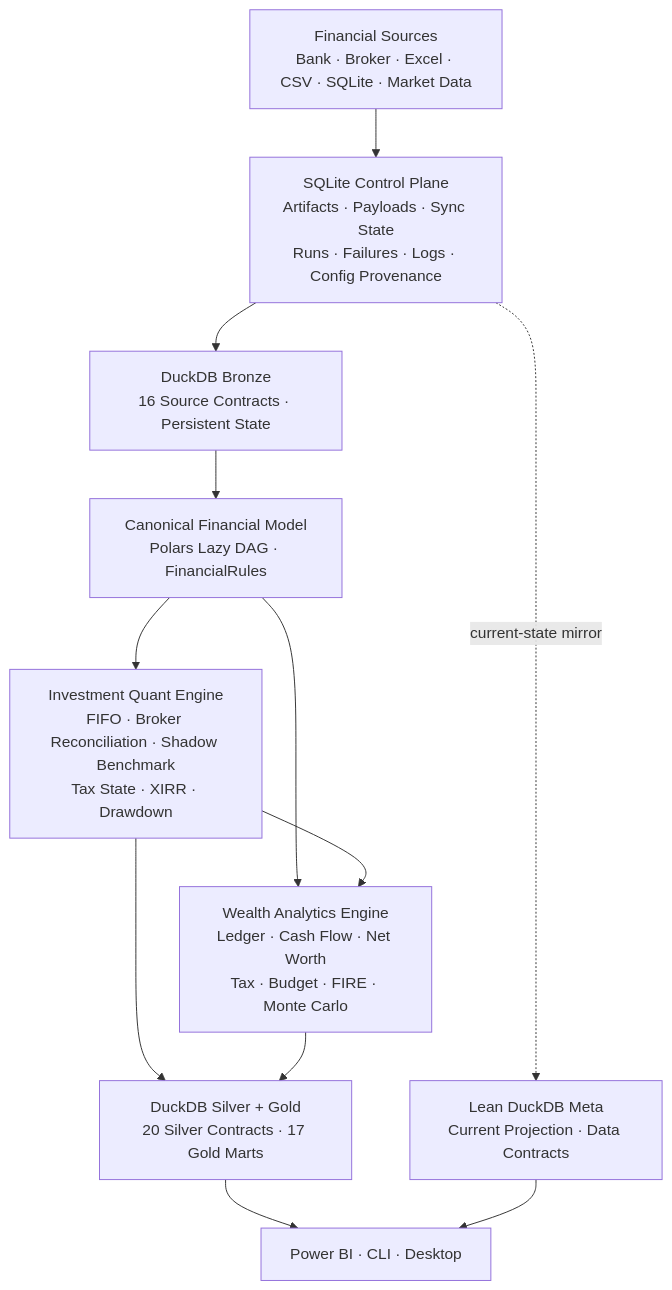
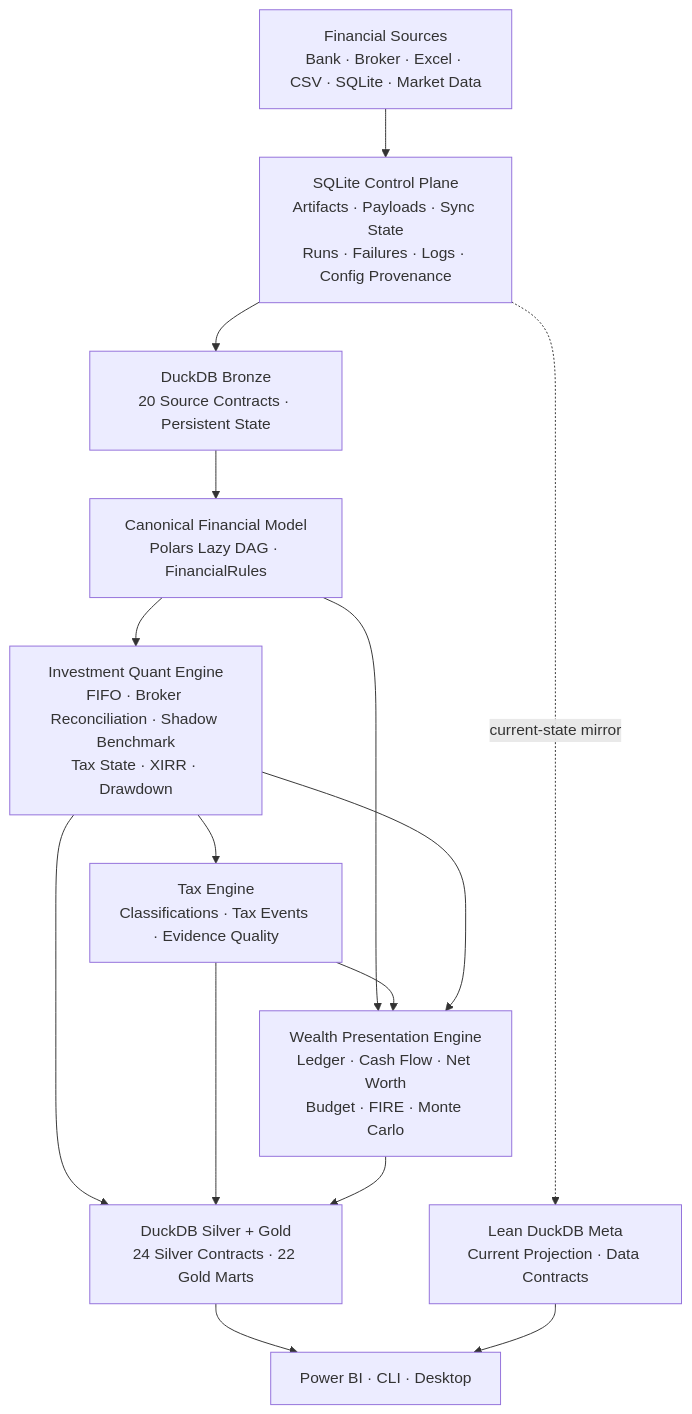
Before and after one commit to tks18/personal-finance-etl: the first of 16 diagrams in README.md, drawn with Mermaid. The commit also changed other lines of this file, not shown here.

````diff
--- a/README.md
+++ b/README.md
@@ -24,24 +26,28 @@
 ```mermaid
 flowchart TB
     SRC["Financial Sources<br/>Bank · Broker · Excel · CSV · SQLite · Market Data"]
     CP["SQLite Control Plane<br/>Artifacts · Payloads · Sync State<br/>Runs · Failures · Logs · Config Provenance"]
-    BR["DuckDB Bronze<br/>16 Source Contracts · Persistent State"]
+    BR["DuckDB Bronze<br/>20 Source Contracts · Persistent State"]
     CAN["Canonical Financial Model<br/>Polars Lazy DAG · FinancialRules"]
     IQ["Investment Quant Engine<br/>FIFO · Broker Reconciliation · Shadow Benchmark<br/>Tax State · XIRR · Drawdown"]
-    WA["Wealth Analytics Engine<br/>Ledger · Cash Flow · Net Worth<br/>Tax · Budget · FIRE · Monte Carlo"]
-    SG["DuckDB Silver + Gold<br/>20 Silver Contracts · 17 Gold Marts"]
+    TAX["Tax Engine<br/>Classifications · Tax Events · Evidence Quality"]
+    WA["Wealth Presentation Engine<br/>Ledger · Cash Flow · Net Worth<br/>Budget · FIRE · Monte Carlo"]
+    SG["DuckDB Silver + Gold<br/>24 Silver Contracts · 22 Gold Marts"]
     META["Lean DuckDB Meta<br/>Current Projection · Data Contracts"]
     APP["Power BI · CLI · Desktop"]
 
     SRC --> CP
     CP --> BR
     BR --> CAN
     CAN --> IQ
     CAN --> WA
+    IQ --> TAX
+    TAX --> WA
     IQ --> WA
     IQ --> SG
+    TAX --> SG
     WA --> SG
     CP -. current-state mirror .-> META
     SG --> APP
     META --> APP
 ```
````
